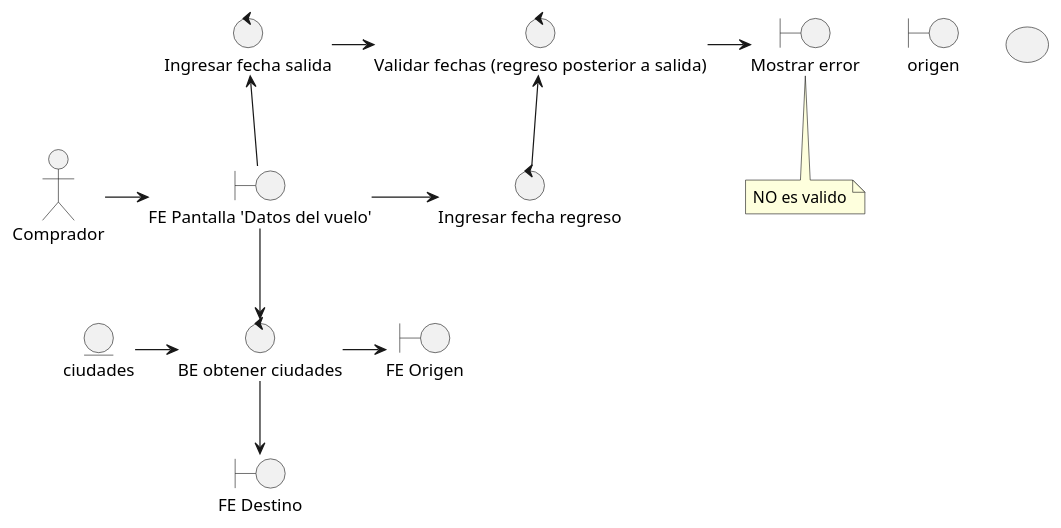
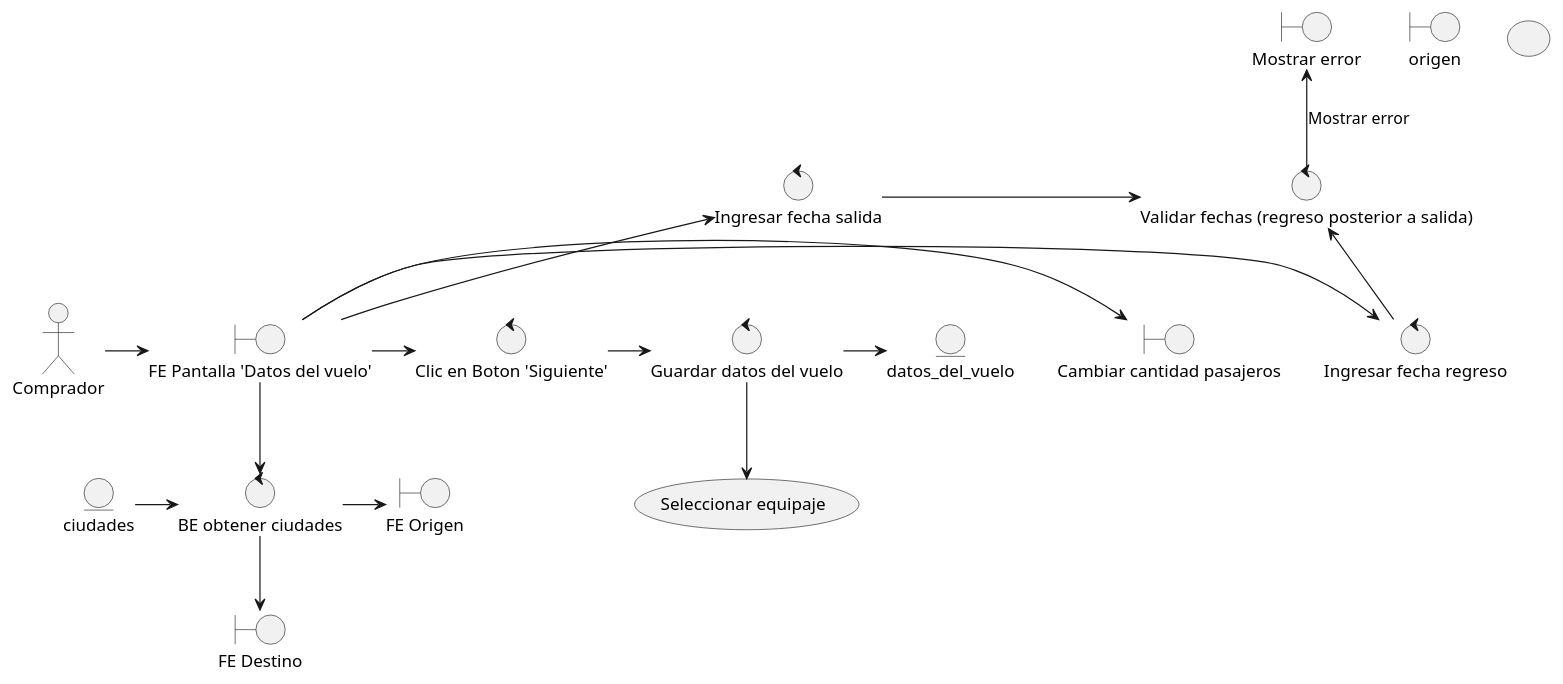
Before and after one commit to joseucarvajal/um-2024-ds-aviation: the diagram in ICONIX/3. diseño preliminar/robustness/ingresar-datos-del-vuelo.puml, drawn with PlantUML. The commit also changed 3 other files, not shown here.

Commit message:
Pautas que deben respetarse para crear un diagrama de Robustez

```diff
--- a/ICONIX/3. diseño preliminar/robustness/ingresar-datos-del-vuelo.puml
+++ b/ICONIX/3. diseño preliminar/robustness/ingresar-datos-del-vuelo.puml
@@ -2,47 +2,62 @@
 @startuml
 
 actor Comprador as comprador
 boundary "FE Pantalla 'Datos del vuelo'" as fePantallaDatosDelVuelo
 
 comprador -> fePantallaDatosDelVuelo
 
 control "Ingresar fecha salida" as ingresarFechaSalida
 control "Ingresar fecha regreso" as ingresarFechaRegreso
 
 fePantallaDatosDelVuelo -up-> ingresarFechaSalida
 fePantallaDatosDelVuelo -> ingresarFechaRegreso
 
 control "Validar fechas (regreso posterior a salida)" as validarFechas
 
 ingresarFechaSalida -right-> validarFechas
 ingresarFechaRegreso -up-> validarFechas
 
 boundary "Mostrar error" as error
 
-note "NO es valido" as noteNoEsValido
-
-validarFechas -> error 
-
-error .. noteNoEsValido
+validarFechas -up-> error: Mostrar error
 
 
 boundary origen as origen
 
 control "BE obtener ciudades" as beObtenerCiudades
 
 fePantallaDatosDelVuelo --> beObtenerCiudades
 
 entity ciudades as entityCiudades
 
 entityCiudades -> beObtenerCiudades
 
 boundary "FE Origen" as feOrigen
 boundary "FE Destino" as feDestino
 
 beObtenerCiudades -> feOrigen
 beObtenerCiudades -down-> feDestino
 
 
+boundary "Cambiar cantidad pasajeros" as feCambiarCantidadPasajeros
+
+fePantallaDatosDelVuelo -> feCambiarCantidadPasajeros
+
+control "Clic en Boton 'Siguiente'" as botonSiguiente
+
+fePantallaDatosDelVuelo -> botonSiguiente
+
+control "Guardar datos del vuelo" as guardarDatosVuelo
+
+botonSiguiente -> guardarDatosVuelo
+
+usecase (Seleccionar equipaje) as seleccionarEquipaje
+
+guardarDatosVuelo -down-> seleccionarEquipaje
 usecase " "
 
+entity datos_del_vuelo as entityDatosDelVuelo
+
+guardarDatosVuelo -> entityDatosDelVuelo
+
 @enduml
```
